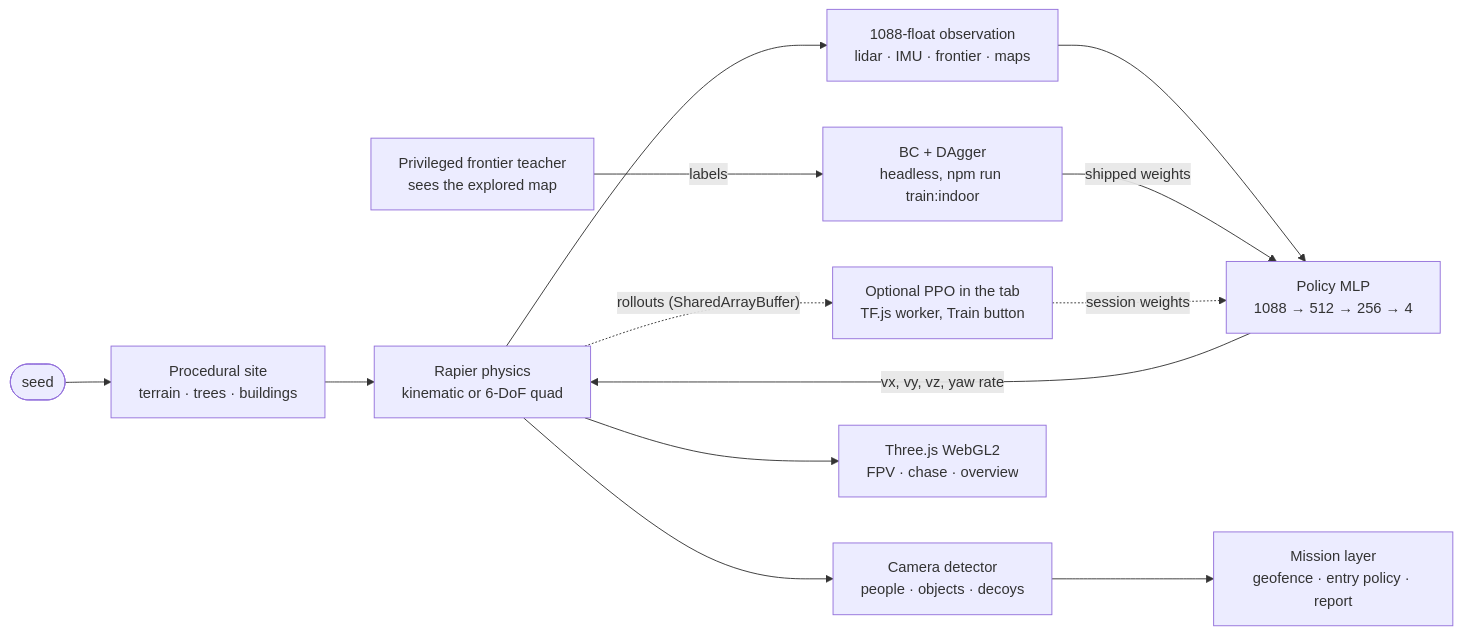
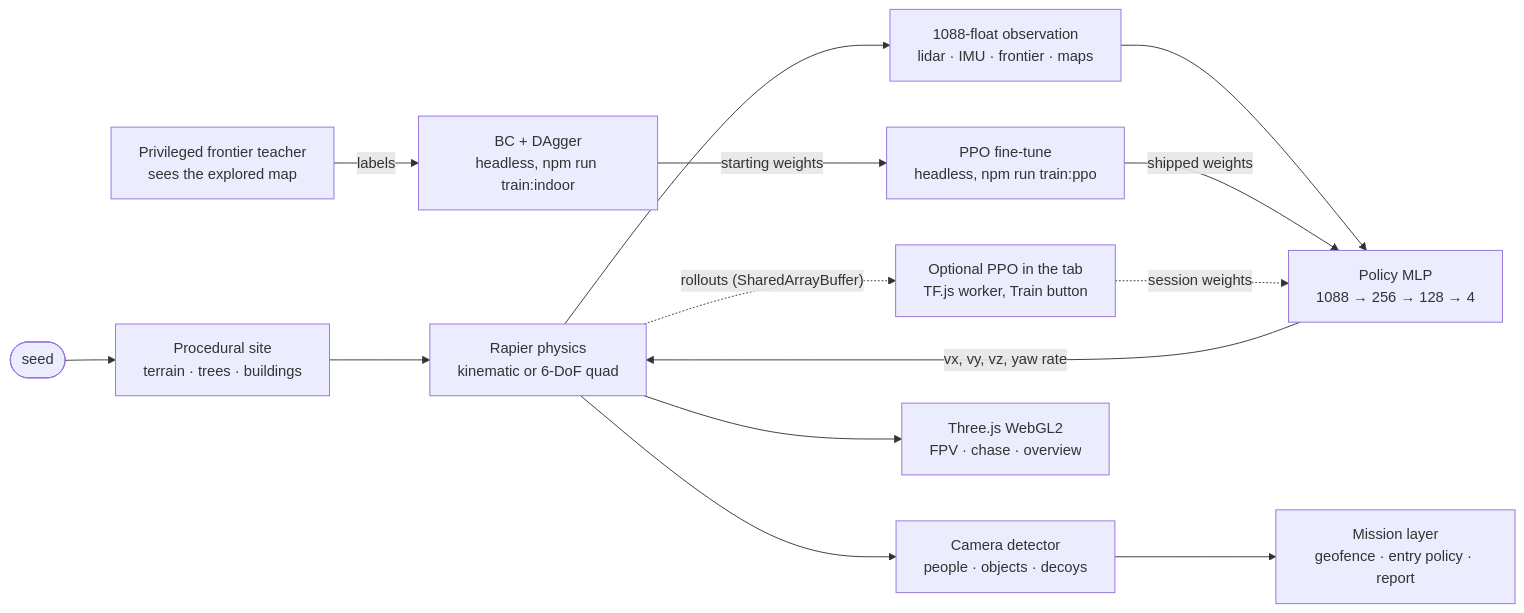
One commit to alexnieves-cs/frontier-fly changed the diagram in README.md. Above: the diagram before and after it, drawn with Mermaid. The commit also changed other lines of this file and 3 other files, not shown here.

````diff
--- a/README.md
+++ b/README.md
@@ -116,15 +116,16 @@
 ```mermaid
 flowchart LR
   Seed(["seed"]) --> Gen["Procedural site<br/>terrain · trees · buildings"]
   Gen --> Sim["Rapier physics<br/>kinematic or 6-DoF quad"]
   Sim --> Obs["1088-float observation<br/>lidar · IMU · frontier · maps"]
-  Obs --> Pol["Policy MLP<br/>1088 → 512 → 256 → 4"]
+  Obs --> Pol["Policy MLP<br/>1088 → 256 → 128 → 4"]
   Pol -- "vx, vy, vz, yaw rate" --> Sim
   Teacher["Privileged frontier teacher<br/>sees the explored map"] -- "labels" --> IL["BC + DAgger<br/>headless, npm run train:indoor"]
-  IL -- "shipped weights" --> Pol
+  IL -- "starting weights" --> FT["PPO fine-tune<br/>headless, npm run train:ppo"]
+  FT -- "shipped weights" --> Pol
   Sim -. "rollouts (SharedArrayBuffer)" .-> PPO["Optional PPO in the tab<br/>TF.js worker, Train button"]
   PPO -. "session weights" .-> Pol
   Sim --> Det["Camera detector<br/>people · objects · decoys"]
   Det --> Mission["Mission layer<br/>geofence · entry policy · report"]
   Sim --> View["Three.js WebGL2<br/>FPV · chase · overview"]
 ```
````
